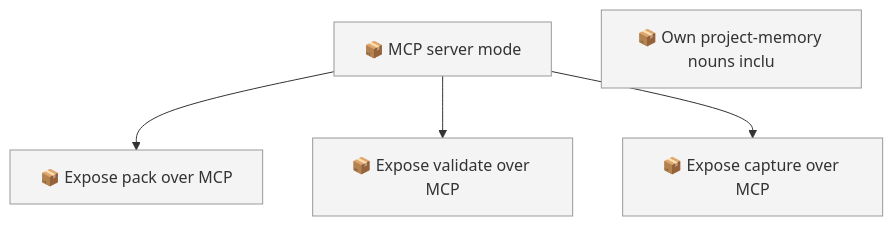
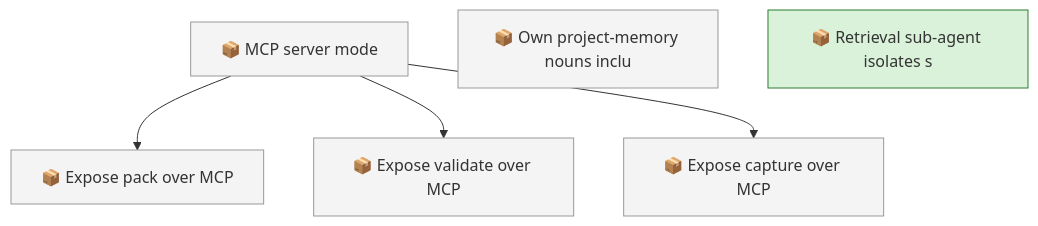
The first of 2 diagrams in docs/roadmap.md (SpillwaveSolutions/project-knowledge-capture), drawn with Mermaid before and after one commit. The commit also changed other lines of this file and 27 other files, not shown here.

First line of the commit message:
feat: isolate retrieval behind knowledge-retriever sub-agent 01M2B9WVA9NSC7WFRR9WYB0X2V

````diff
--- a/docs/roadmap.md
+++ b/docs/roadmap.md
@@ -58,13 +68,16 @@
 ```mermaid
 graph TD
     01KZ75NQCMYGFYRCVJATEBVBRB["📦 MCP server mode"]
     01KZ75R3EXEG4GVGRP2S9CCKZ4["📦 Expose pack over MCP"]
     01KZ75R3M6BYQ643NKDCCSEEZC["📦 Expose validate over MCP"]
     01KZ75R3S2X1G4PCTGMMSR8BWA["📦 Expose capture over MCP"]
     01M0SZFFPWEVN9YX9D9RYZ1ZC1["📦 Own project-memory nouns inclu"]
+    01M2B9WVA9NSC7WFRR9WYB0X2V["📦 Retrieval sub-agent isolates s"]
     01KZ75NQCMYGFYRCVJATEBVBRB --> 01KZ75R3EXEG4GVGRP2S9CCKZ4
     01KZ75NQCMYGFYRCVJATEBVBRB --> 01KZ75R3M6BYQ643NKDCCSEEZC
     01KZ75NQCMYGFYRCVJATEBVBRB --> 01KZ75R3S2X1G4PCTGMMSR8BWA
     classDef todo fill:#f4f4f4,stroke:#999999
     class 01KZ75NQCMYGFYRCVJATEBVBRB,01KZ75R3EXEG4GVGRP2S9CCKZ4,01KZ75R3M6BYQ643NKDCCSEEZC,01KZ75R3S2X1G4PCTGMMSR8BWA,01M0SZFFPWEVN9YX9D9RYZ1ZC1 todo
+    classDef in_progress fill:#d9f2d9,stroke:#2e7d32
+    class 01M2B9WVA9NSC7WFRR9WYB0X2V in_progress
 ```
````
